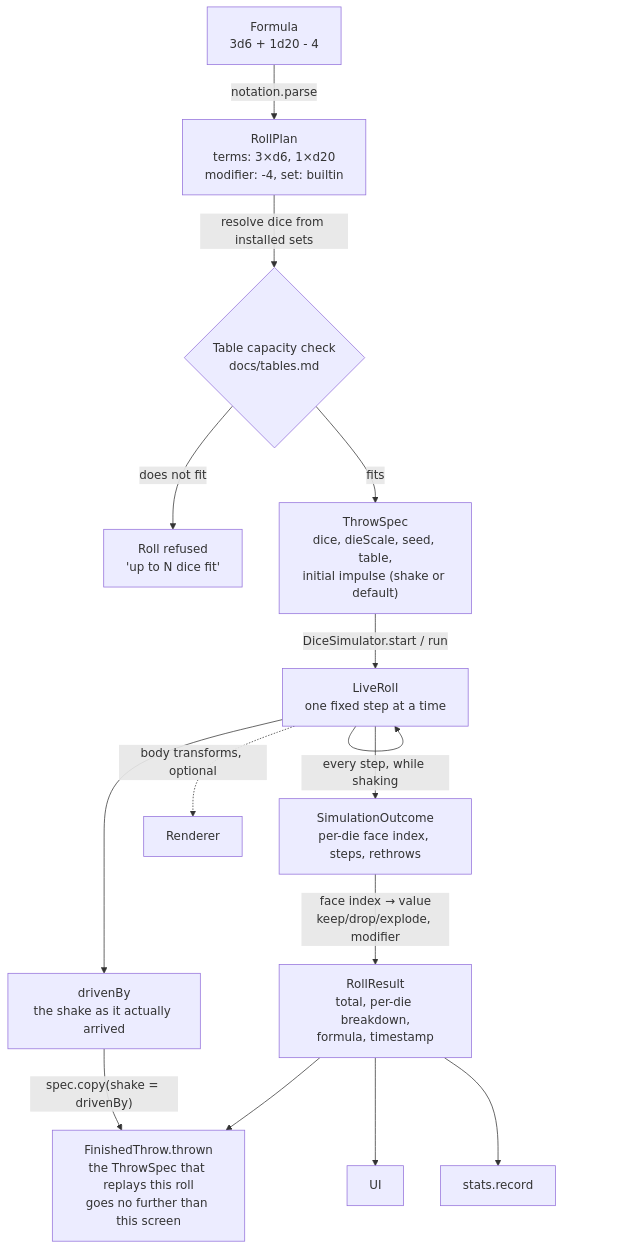
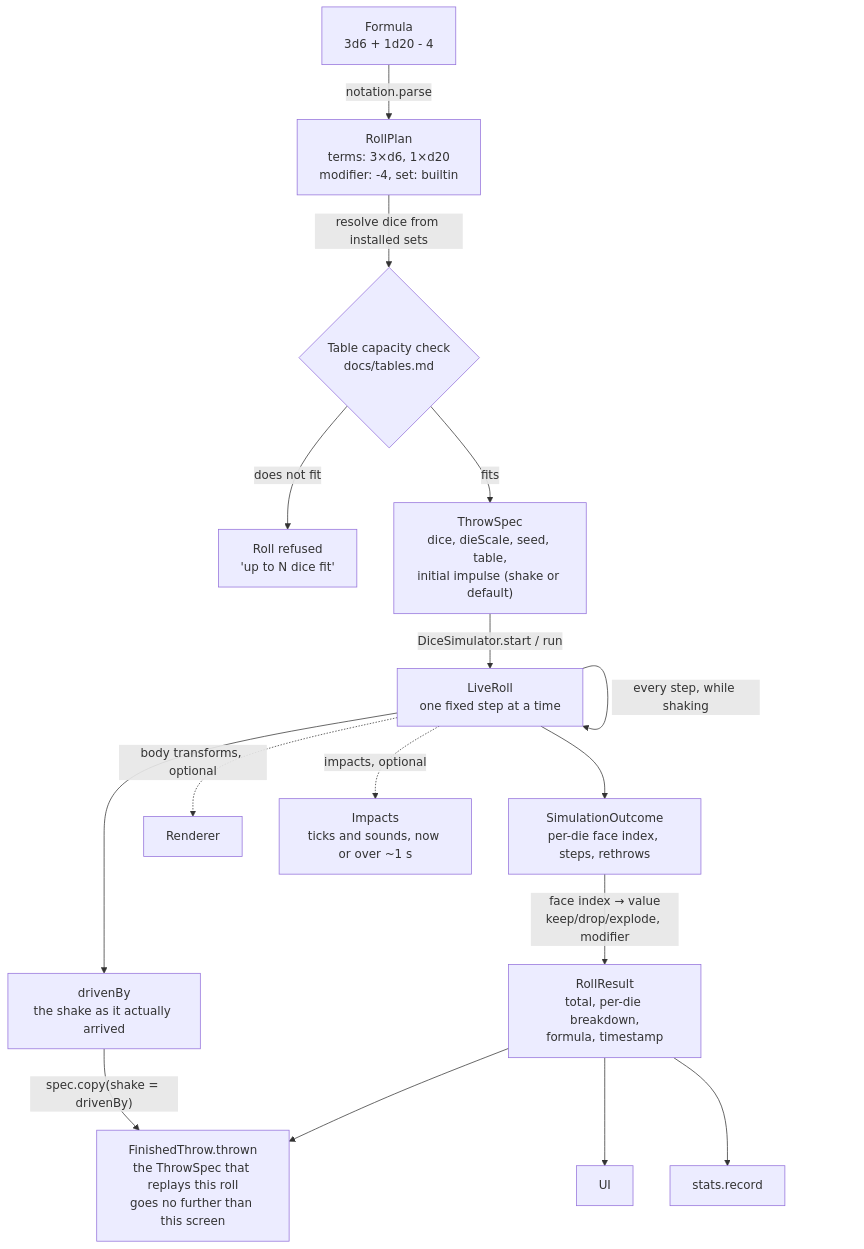
Before and after one commit to drehtuer/dInfinityApp: the seventh of 7 diagrams in docs/architecture.md, drawn with Mermaid. The commit also changed other lines of this file and 5 other files, not shown here.

````diff
--- a/docs/architecture.md
+++ b/docs/architecture.md
@@ -975,17 +993,18 @@
 ```mermaid
 flowchart TD
     F["Formula<br/>3d6 + 1d20 - 4"] -->|notation.parse| P["RollPlan<br/>terms: 3×d6, 1×d20<br/>modifier: -4, set: builtin"]
     P -->|resolve dice from installed sets| C{Table capacity check<br/>docs/tables.md}
     C -->|does not fit| R["Roll refused<br/>'up to N dice fit'"]
     C -->|fits| T["ThrowSpec<br/>dice, dieScale, seed, table,<br/>initial impulse (shake or default)"]
     T -->|"DiceSimulator.start / run"| L["LiveRoll<br/>one fixed step at a time"]
     L -->|"every step, while shaking"| L
     L --> S["SimulationOutcome<br/>per-die face index, steps, rethrows"]
     L --> D["drivenBy<br/>the shake as it actually arrived"]
     L -.->|body transforms, optional| V[Renderer]
+    L -.->|"impacts, optional"| I["Impacts<br/>ticks and sounds, now or over ~1 s"]
     S -->|face index → value<br/>keep/drop/explode, modifier| O["RollResult<br/>total, per-die breakdown,<br/>formula, timestamp"]
     D -->|"spec.copy(shake = drivenBy)"| FT["FinishedThrow.thrown<br/>the ThrowSpec that replays this roll<br/>goes no further than this screen"]
     O --> FT
     O --> UI[UI]
     O --> ST[stats.record]
 ```
````
